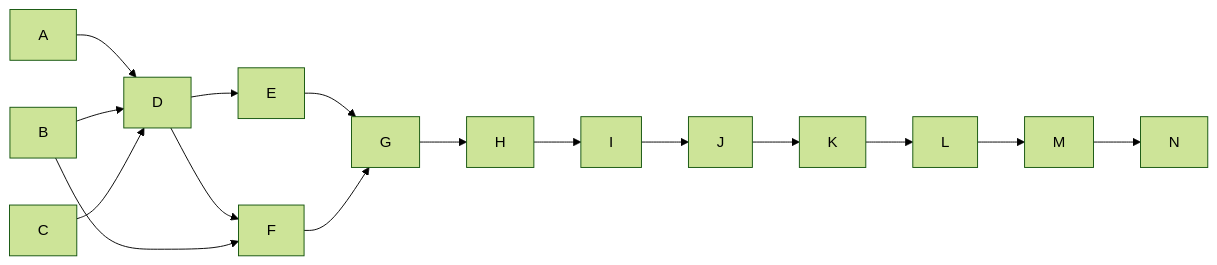
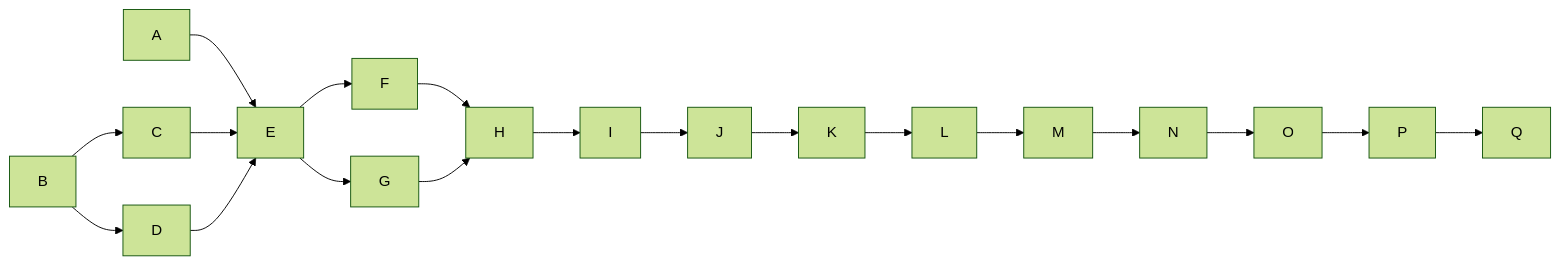
Before and after one commit to stayfixed/stayfixed: the diagram in docs/plans/2026-10-24-wave-9-delivery.md, drawn with Mermaid (forest theme). The commit also changed other lines of this file and 4 other files, not shown here.

````diff
--- a/docs/plans/2026-10-24-wave-9-delivery.md
+++ b/docs/plans/2026-10-24-wave-9-delivery.md
@@ -324,18 +410,21 @@
 ```mermaid
 graph LR
-  A --> D
+  B --> C
   B --> D
-  C --> D
+  A --> E
+  C --> E
   D --> E
-  D --> F
-  B --> F
+  E --> F
   E --> G
-  F --> G
+  F --> H
   G --> H
   H --> I
   I --> J
   J --> K
   K --> L
   L --> M
   M --> N
+  N --> O
+  O --> P
+  P --> Q
 ```
````
